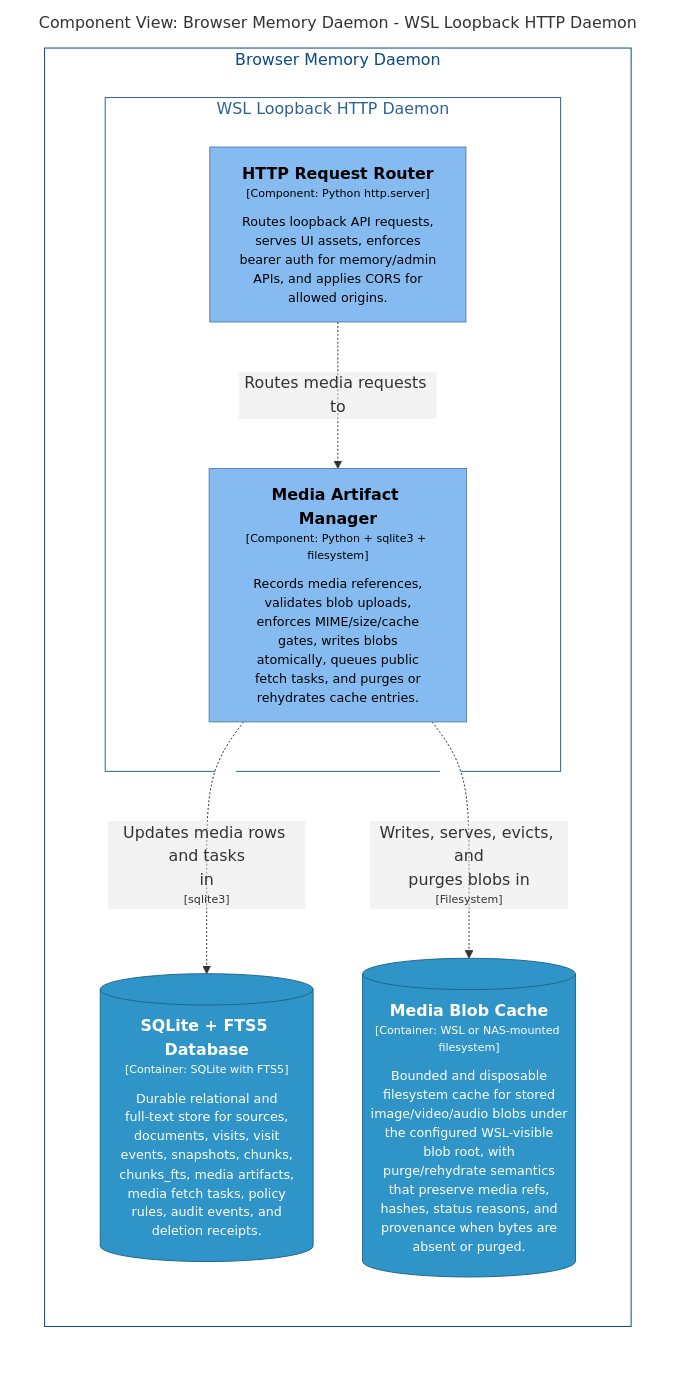
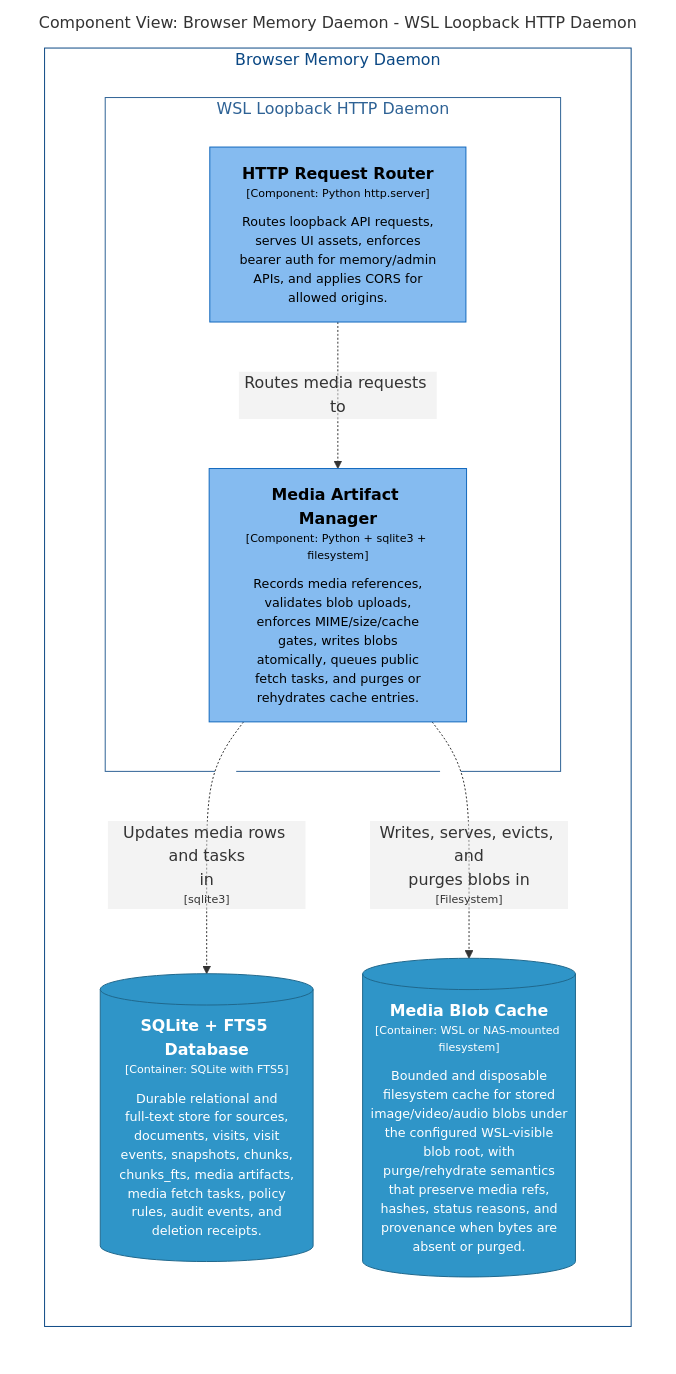
The diagram in docs/architecture/diagrams/markdown/DaemonMediaComponents.md (michaelnicks0/browser-memory-daemon), drawn with Mermaid before and after one commit. The commit also changed 110 other files, not shown here.

````diff
--- a/docs/architecture/diagrams/markdown/DaemonMediaComponents.md
+++ b/docs/architecture/diagrams/markdown/DaemonMediaComponents.md
@@ -16,31 +16,31 @@
 ```mermaid
 graph LR
   linkStyle default fill:#ffffff
 
   subgraph diagram ["Component View: Browser Memory Daemon - WSL Loopback HTTP Daemon"]
     style diagram fill:#ffffff,stroke:#ffffff
 
     subgraph 4 ["Browser Memory Daemon"]
       style 4 fill:#ffffff,stroke:#0b4884,color:#0b4884
 
       subgraph 14 ["WSL Loopback HTTP Daemon"]
         style 14 fill:#ffffff,stroke:#2e6295,color:#2e6295
 
         15["<div style='font-weight: bold'>HTTP Request Router</div><div style='font-size: 70%; margin-top: 0px'>[Component: Python http.server]</div><div style='font-size: 80%; margin-top:10px'>Routes loopback API requests,<br />serves UI assets, enforces<br />bearer auth for memory/admin<br />APIs, and applies CORS for<br />allowed origins.</div>"]
-        style 15 fill:#85bbf0,stroke:#5d82a8,color:#000000
+        style 15 fill:#85bbf0,stroke:#1168bd,color:#000000
         20["<div style='font-weight: bold'>Media Artifact Manager</div><div style='font-size: 70%; margin-top: 0px'>[Component: Python + sqlite3 + filesystem]</div><div style='font-size: 80%; margin-top:10px'>Records media references,<br />validates blob uploads,<br />enforces MIME/size/cache<br />gates, writes blobs<br />atomically, queues public<br />fetch tasks, and purges or<br />rehydrates cache entries.</div>"]
-        style 20 fill:#85bbf0,stroke:#5d82a8,color:#000000
+        style 20 fill:#85bbf0,stroke:#1168bd,color:#000000
       end
 
       27[("<div style='font-weight: bold'>SQLite + FTS5 Database</div><div style='font-size: 70%; margin-top: 0px'>[Container: SQLite with FTS5]</div><div style='font-size: 80%; margin-top:10px'>Durable relational and<br />full-text store for sources,<br />documents, visits, visit<br />events, snapshots, chunks,<br />chunks_fts, media artifacts,<br />media fetch tasks, policy<br />rules, audit events, and<br />deletion receipts.</div>")]
       style 27 fill:#2f95c8,stroke:#20688c,color:#ffffff
       29[("<div style='font-weight: bold'>Media Blob Cache</div><div style='font-size: 70%; margin-top: 0px'>[Container: WSL or NAS-mounted filesystem]</div><div style='font-size: 80%; margin-top:10px'>Bounded and disposable<br />filesystem cache for stored<br />image/video/audio blobs under<br />the configured WSL-visible<br />blob root, with<br />purge/rehydrate semantics<br />that preserve media refs,<br />hashes, status reasons, and<br />provenance when bytes are<br />absent or purged.</div>")]
       style 29 fill:#2f95c8,stroke:#20688c,color:#ffffff
     end
 
     15-. "<div>Routes media requests to</div><div style='font-size: 70%'></div>" .->20
     20-. "<div>Updates media rows and tasks<br />in</div><div style='font-size: 70%'>[sqlite3]</div>" .->27
     20-. "<div>Writes, serves, evicts, and<br />purges blobs in</div><div style='font-size: 70%'>[Filesystem]</div>" .->29
 
   end
 ```
````
